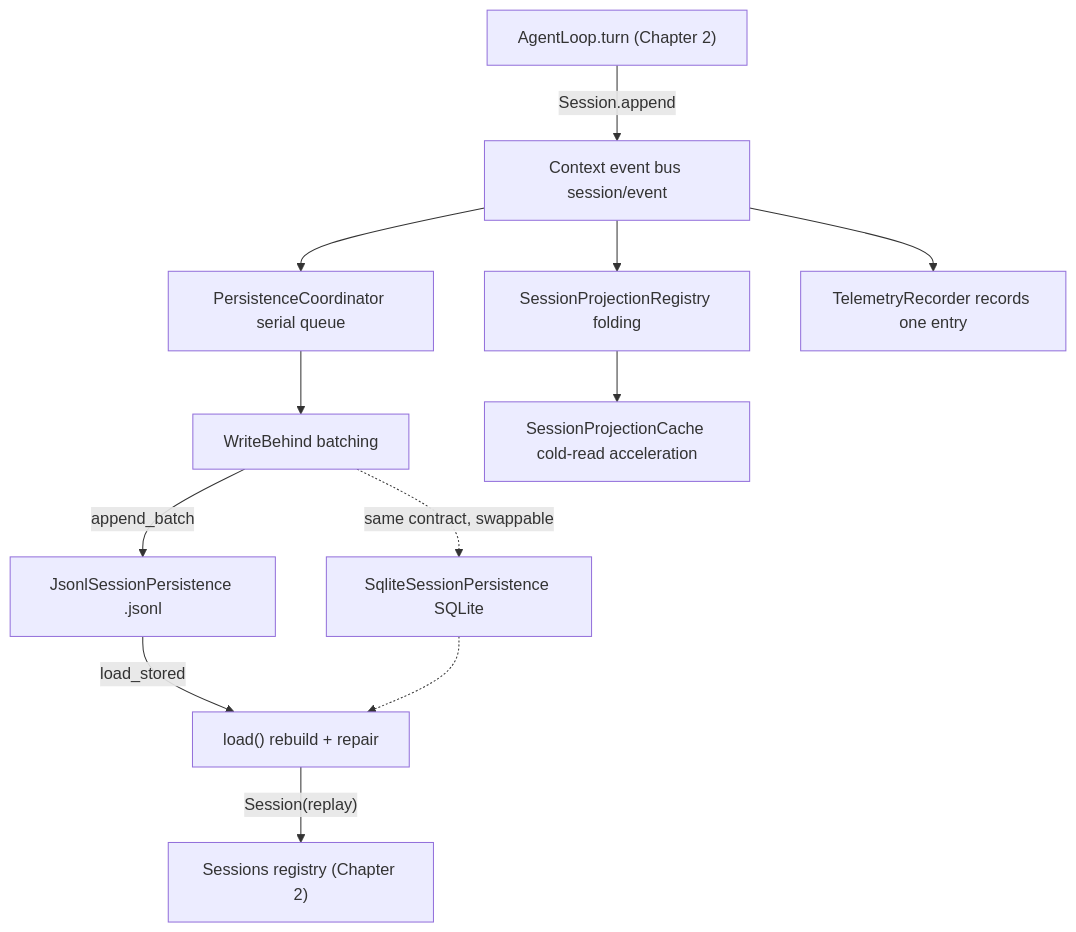
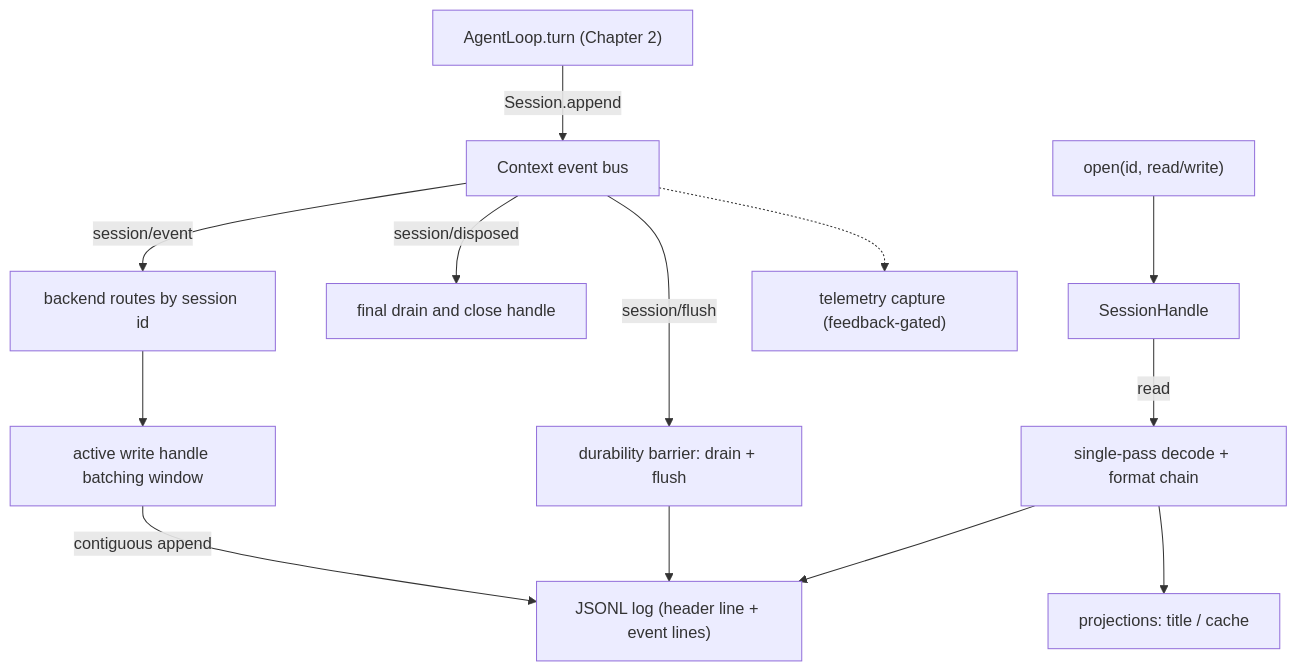
One commit to ChenYu1991ppak/deepseek-harness-anatomy changed the first of 2 diagrams in ch03/ch03-session-persistence_en.md. Above: the diagram before and after it, drawn with Mermaid. The commit also changed other lines of this file and 124 other files, not shown here.

````diff
--- a/ch03/ch03-session-persistence_en.md
+++ b/ch03/ch03-session-persistence_en.md
@@ -70,14 +56,15 @@
 ```mermaid
 flowchart TD
-    loop["AgentLoop.turn (Chapter 2)"] -->|"Session.append"| bus["Context event bus session/event"]
-    bus --> coord["PersistenceCoordinator serial queue"]
-    bus --> reg["SessionProjectionRegistry folding"]
-    bus --> tele["TelemetryRecorder records one entry"]
-    coord --> wb["WriteBehind batching"]
-    wb -->|"append_batch"| jsonl["JsonlSessionPersistence .jsonl"]
-    wb -.->|"same contract, swappable"| sqlite["SqliteSessionPersistence SQLite"]
-    jsonl -->|"load_stored"| load["load() rebuild + repair"]
-    sqlite -.-> load
-    load -->|"Session(replay)"| sessions["Sessions registry (Chapter 2)"]
-    reg --> cache["SessionProjectionCache cold-read acceleration"]
+    loop["AgentLoop.turn (Chapter 2)"] -->|"Session.append"| bus["Context event bus"]
+    bus -->|"session/event"| route["backend routes by session id"]
+    bus -->|"session/flush"| barrier["durability barrier: drain + flush"]
+    bus -->|"session/disposed"| drainClose["final drain and close handle"]
+    route --> hbuf["active write handle batching window"]
+    hbuf -->|"contiguous append"| disk["JSONL log (header line + event lines)"]
+    barrier --> disk
+    open["open(id, read/write)"] --> handle["SessionHandle"]
+    handle -->|"read"| scan["single-pass decode + format chain"]
+    scan --> disk
+    scan --> proj["projections: title / cache"]
+    bus -.-> tele["telemetry capture (feedback-gated)"]
 ```
````
